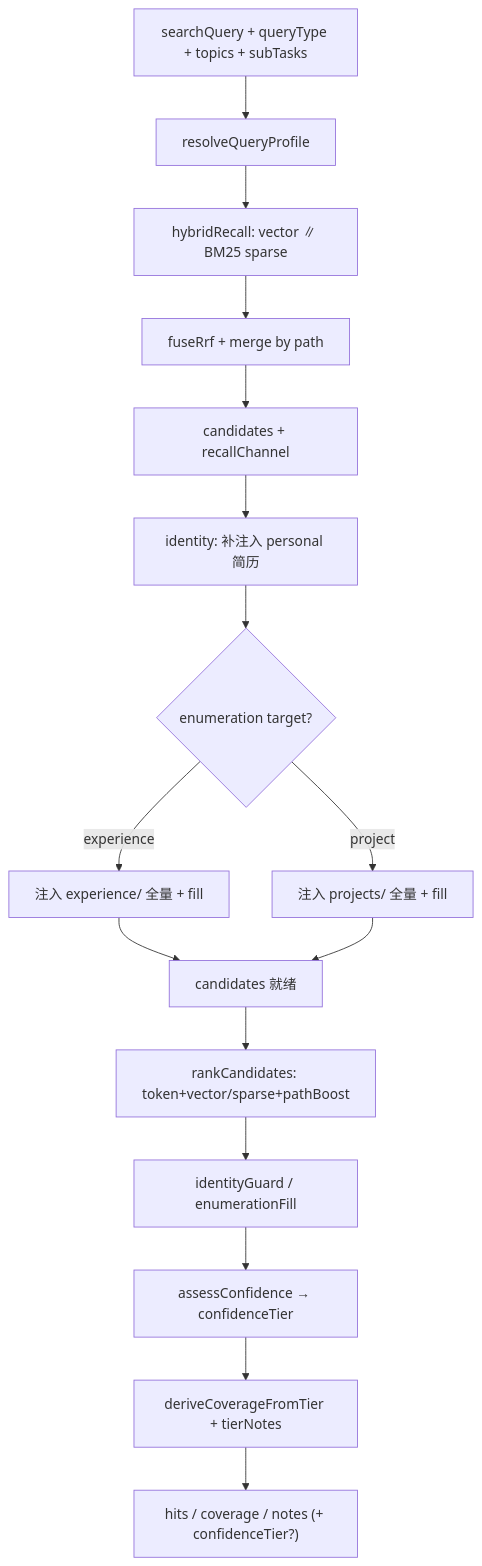
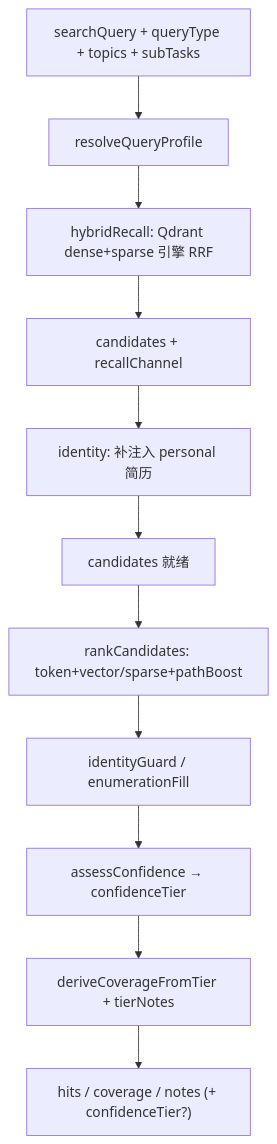
The sixth of 12 diagrams in docs/02-agent-flows.md (panzhanfei/agent), drawn with Mermaid before and after one commit. The commit also changed other lines of this file and 69 other files, not shown here.

````diff
--- a/docs/02-agent-flows.md
+++ b/docs/02-agent-flows.md
@@ -307,18 +306,13 @@
 ```mermaid
 flowchart TD
   IN["searchQuery + queryType + topics + subTasks"] --> PROFILE["resolveQueryProfile"]
-  PROFILE --> HY["hybridRecall: vector ∥ BM25 sparse"]
-  HY --> RRF["fuseRrf + merge by path"]
-  RRF --> RAW[candidates + recallChannel]
+  PROFILE --> HY["hybridRecall: Qdrant dense+sparse 引擎 RRF"]
+  HY --> RAW[candidates + recallChannel]
   RAW --> IDINJ["identity: 补注入 personal 简历"]
-  IDINJ --> ENUMINJ{"enumeration target?"}
-  ENUMINJ -->|experience| EXINJ["注入 experience/ 全量 + fill"]
-  ENUMINJ -->|project| PRINJ["注入 projects/ 全量 + fill"]
-  EXINJ --> CAND[candidates 就绪]
-  PRINJ --> CAND
+  IDINJ --> CAND[candidates 就绪]
   CAND --> RULE["rankCandidates: token+vector/sparse+pathBoost"]
   RULE --> GUARD["identityGuard / enumerationFill"]
   GUARD --> TIER["assessConfidence → confidenceTier"]
   TIER --> COV["deriveCoverageFromTier + tierNotes"]
   COV --> OUT["hits / coverage / notes (+ confidenceTier?)"]
 ```
````
